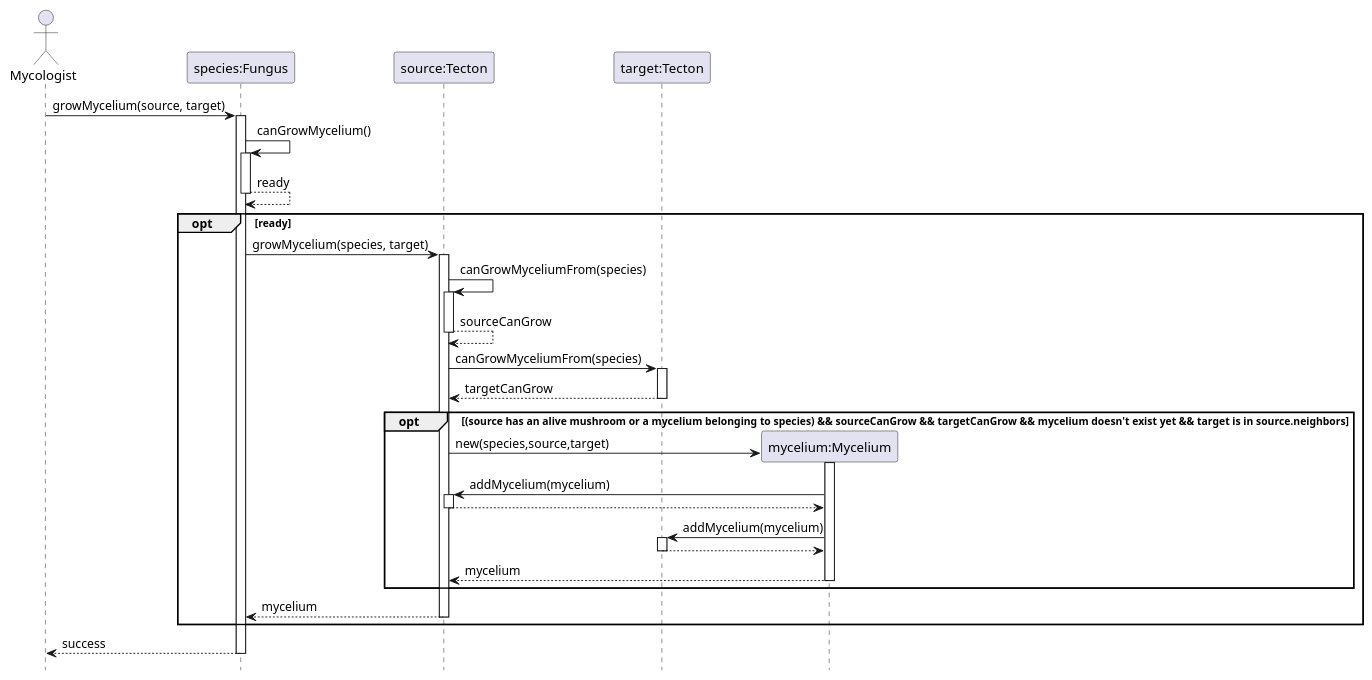
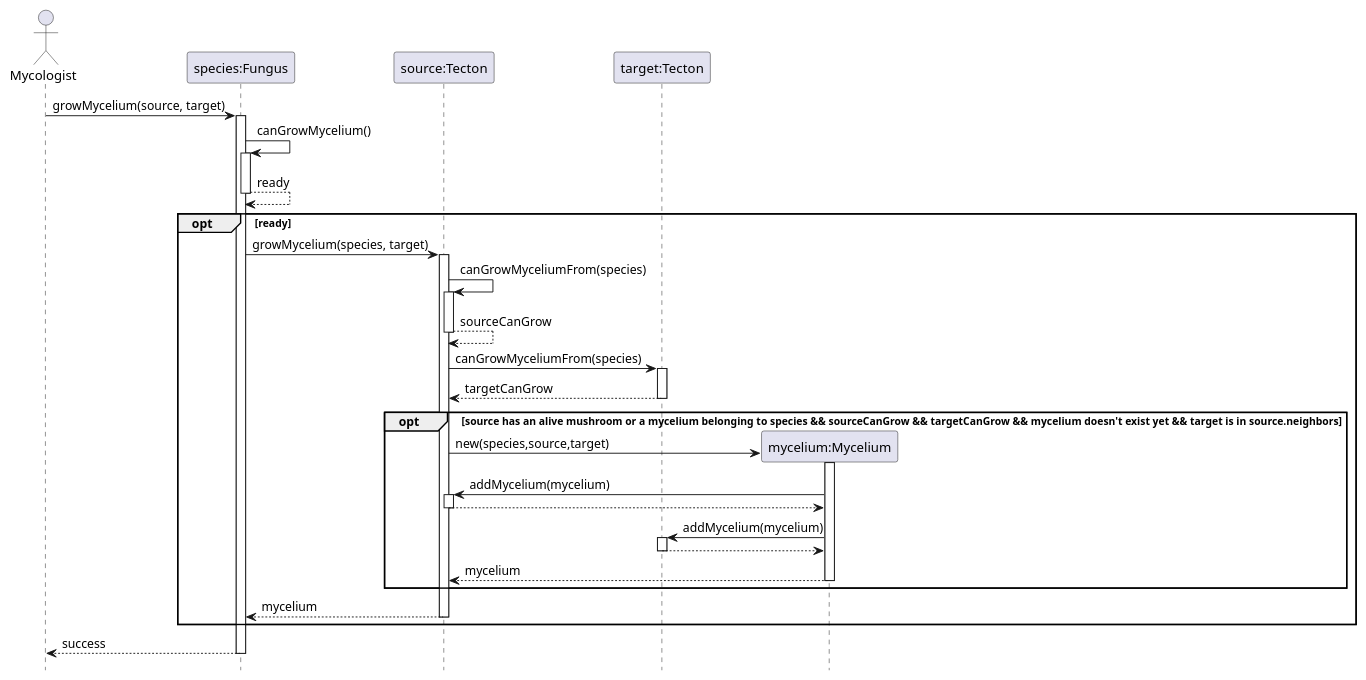
One commit to ZD4ve/projlab-error521 changed the diagram in SeqAndClassDiagrams/Mycelium/mycelium-grow.pu. Above: the diagram before and after it, drawn with PlantUML. The commit also changed 5 other files, not shown here.

Commit message:
removed Skeleton from the closet (seq. diagrams)

```diff
--- a/SeqAndClassDiagrams/Mycelium/mycelium-grow.pu
+++ b/SeqAndClassDiagrams/Mycelium/mycelium-grow.pu
@@ -1,47 +1,47 @@
 @startuml Mycelium/mycelium-grow
 hide footbox
 
 actor Mycologist
 participant "species:Fungus" as species
 participant "source:Tecton" as source
 participant "target:Tecton" as target
 participant "mycelium:Mycelium" as mycelium
 
 Mycologist -> species : growMycelium(source, target)
 activate species
 
 species -> species : canGrowMycelium()
 activate species
 return ready
 
 opt ready
 species -> source : growMycelium(species, target)
 activate source
     source -> source : canGrowMyceliumFrom(species)
     activate source
     return sourceCanGrow
 
     source -> target : canGrowMyceliumFrom(species) 
     ' ^check in implementation: (gombatest or mycelium) and (mycelium species count < limit)
     activate target
     return targetCanGrow
-    opt (source has an alive mushroom or a mycelium belonging to species) && sourceCanGrow && targetCanGrow && mycelium doesn't exist yet && target is in source.neighbors
+    opt source has an alive mushroom or a mycelium belonging to species && sourceCanGrow && targetCanGrow && mycelium doesn't exist yet && target is in source.neighbors
         create mycelium
         source -> mycelium : new(species,source,target)
         activate mycelium
 
         mycelium -> source : addMycelium(mycelium)
         activate source
         return
 
         mycelium -> target : addMycelium(mycelium)
         activate target
         return
 
         return mycelium
     end
 return mycelium
 end
 
 return success
 @enduml
```
